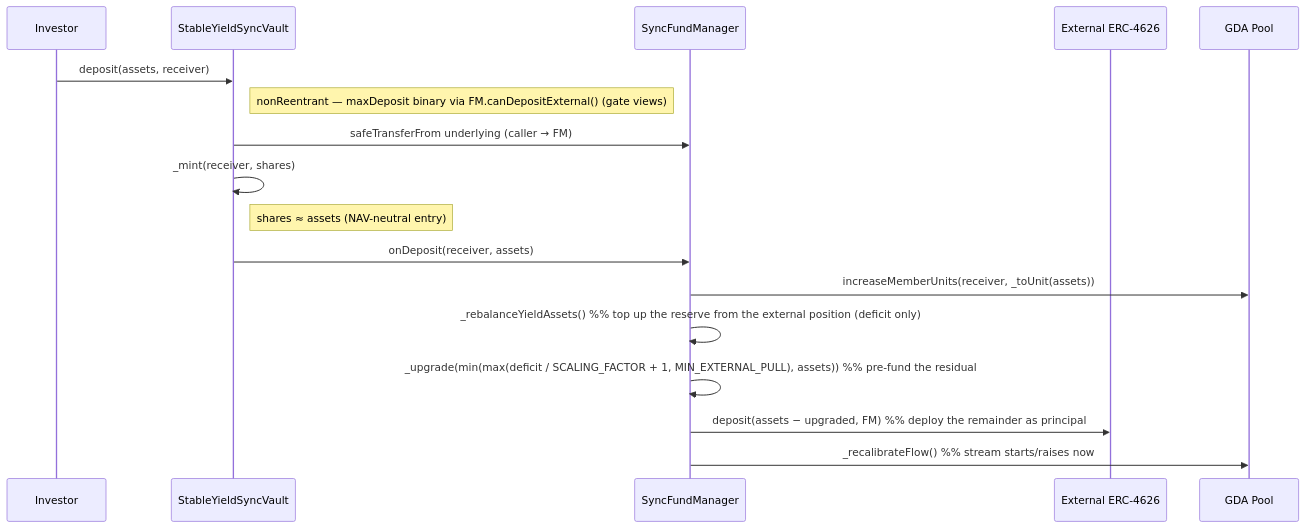
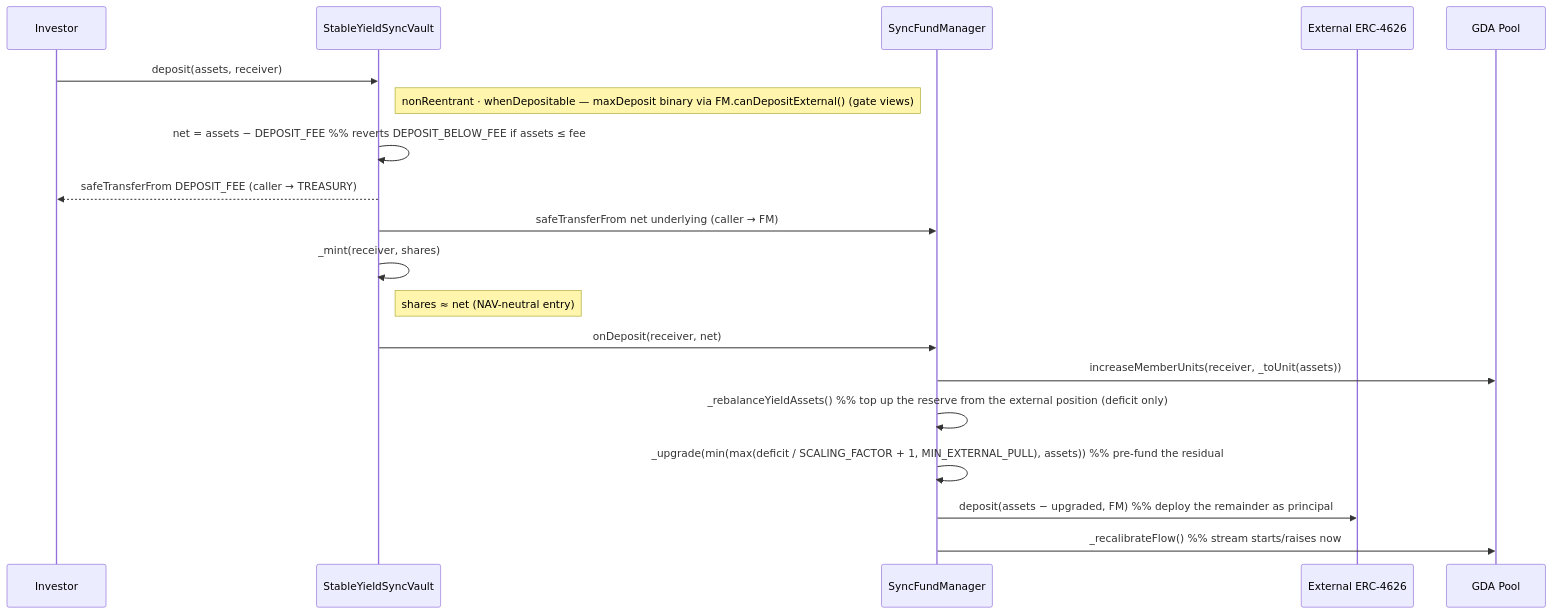
The diagram in docs/sync-vault/flow/deposit-flow.md (superfluid-org/stable-yield-vault), drawn with Mermaid before and after one commit. The commit also changed other lines of this file and 19 other files, not shown here.

````diff
--- a/docs/sync-vault/flow/deposit-flow.md
+++ b/docs/sync-vault/flow/deposit-flow.md
@@ -28,20 +28,22 @@
 ```mermaid
 sequenceDiagram
     participant I as Investor
     participant V as StableYieldSyncVault
     participant FM as SyncFundManager
     participant E as External ERC-4626
     participant POOL as GDA Pool
 
     I->>V: deposit(assets, receiver)
-    Note right of V: nonReentrant — maxDeposit binary via FM.canDepositExternal() (gate views)
-    V->>FM: safeTransferFrom underlying (caller → FM)
+    Note right of V: nonReentrant · whenDepositable — maxDeposit binary via FM.canDepositExternal() (gate views)
+    V->>V: net = assets − DEPOSIT_FEE  %% reverts DEPOSIT_BELOW_FEE if assets ≤ fee
+    V-->>I: safeTransferFrom DEPOSIT_FEE (caller → TREASURY)
+    V->>FM: safeTransferFrom net underlying (caller → FM)
     V->>V: _mint(receiver, shares)
-    Note right of V: shares ≈ assets (NAV-neutral entry)
-    V->>FM: onDeposit(receiver, assets)
+    Note right of V: shares ≈ net (NAV-neutral entry)
+    V->>FM: onDeposit(receiver, net)
     FM->>POOL: increaseMemberUnits(receiver, _toUnit(assets))
     FM->>FM: _rebalanceYieldAssets()  %% top up the reserve from the external position (deficit only)
     FM->>FM: _upgrade(min(max(deficit / SCALING_FACTOR + 1, MIN_EXTERNAL_PULL), assets))  %% pre-fund the residual
     FM->>E: deposit(assets − upgraded, FM)  %% deploy the remainder as principal
     FM->>POOL: _recalibrateFlow()  %% stream starts/raises now
 ```
````
